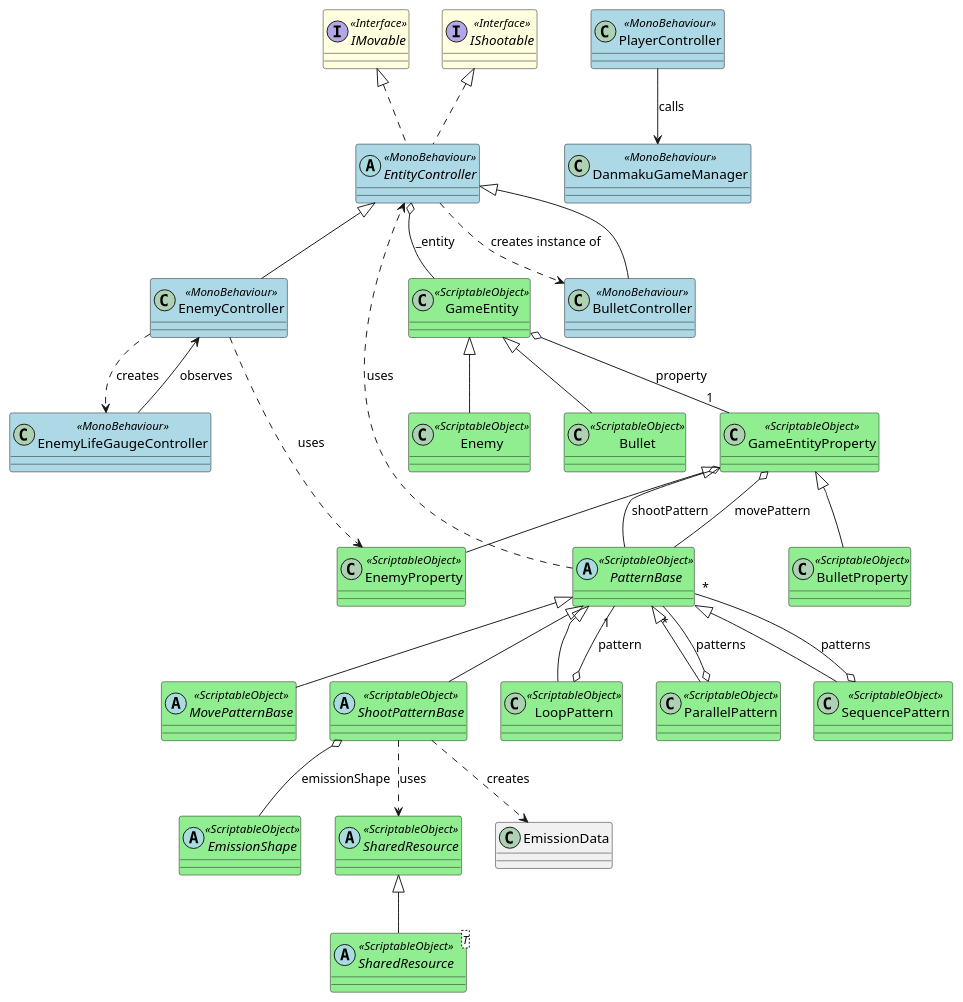
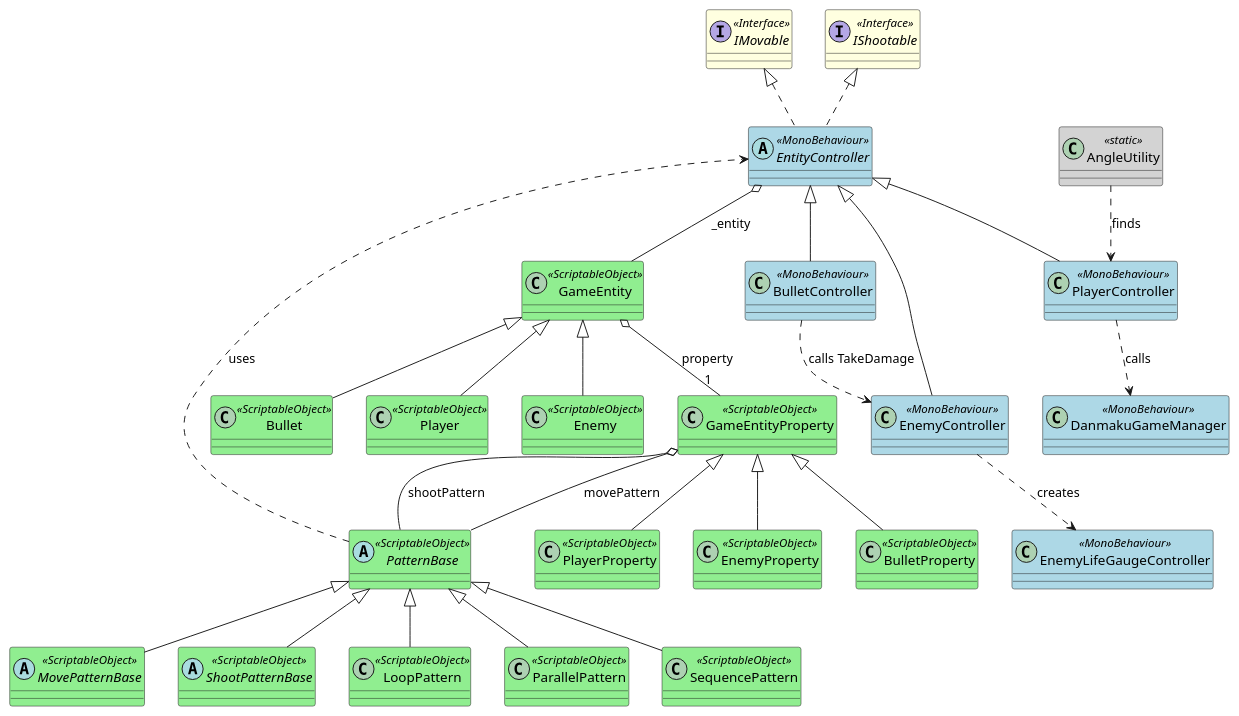
Before and after one commit to himitu-da/Touhou-Spell-Up: the diagram in ClassDiagram_Overview.puml, drawn with PlantUML. The commit also changed 43 other files, not shown here.

```diff
--- a/ClassDiagram_Overview.puml
+++ b/ClassDiagram_Overview.puml
@@ -1,81 +1,78 @@
 @startuml ClassDiagram_Overview
 ' ステレオタイプの色設定
 skinparam class {
     BackgroundColor<<MonoBehaviour>> LightBlue
     BackgroundColor<<ScriptableObject>> LightGreen
     BackgroundColor<<Interface>> LightYellow
+    BackgroundColor<<static>> LightGray
 }
 
 ' --- インターフェース定義 ---
 interface IMovable <<Interface>>
 interface IShootable <<Interface>>
 
-' --- クラスの定義 ---
+' --- マネージャー ---
 class DanmakuGameManager <<MonoBehaviour>>
+
+' --- エンティティ基盤 ---
+abstract class EntityController <<MonoBehaviour>>
+class GameEntity <<ScriptableObject>>
+class GameEntityProperty <<ScriptableObject>>
+
+' --- Player ---
 class PlayerController <<MonoBehaviour>>
+class Player <<ScriptableObject>>
+class PlayerProperty <<ScriptableObject>>
+
+' --- Enemy ---
 class EnemyController <<MonoBehaviour>>
+class Enemy <<ScriptableObject>>
+class EnemyProperty <<ScriptableObject>>
+
+' --- Bullet ---
+class BulletController <<MonoBehaviour>>
+class Bullet <<ScriptableObject>>
+class BulletProperty <<ScriptableObject>>
 
 ' --- パターン関連 ---
 abstract class PatternBase <<ScriptableObject>>
 abstract class MovePatternBase <<ScriptableObject>>
 abstract class ShootPatternBase <<ScriptableObject>>
 class LoopPattern <<ScriptableObject>>
 class ParallelPattern <<ScriptableObject>>
 class SequencePattern <<ScriptableObject>>
 
-' --- 発生源シェイプ ---
-abstract class EmissionShape <<ScriptableObject>>
-
-' --- 共有リソース関連 ---
-abstract class SharedResource <<ScriptableObject>>
-abstract class "SharedResource<T>" as SharedResource_T <<ScriptableObject>>
-
-' --- エンティティ関連 ---
-class GameEntity <<ScriptableObject>>
-class GameEntityProperty <<ScriptableObject>>
-class Enemy <<ScriptableObject>>
-class EnemyProperty <<ScriptableObject>>
-class Bullet <<ScriptableObject>>
-class BulletProperty <<ScriptableObject>>
-abstract class EntityController <<MonoBehaviour>>
-class BulletController <<MonoBehaviour>>
-
 ' --- その他 ---
 class EnemyLifeGaugeController <<MonoBehaviour>>
-class EmissionData
+class AngleUtility <<static>>
 
 ' --- 継承関係 ---
+EntityController <|-- PlayerController
+EntityController <|-- EnemyController
+EntityController <|-- BulletController
+GameEntity <|-- Player
+GameEntity <|-- Enemy
+GameEntity <|-- Bullet
+GameEntityProperty <|-- PlayerProperty
+GameEntityProperty <|-- EnemyProperty
+GameEntityProperty <|-- BulletProperty
 PatternBase <|-- MovePatternBase
 PatternBase <|-- ShootPatternBase
 PatternBase <|-- LoopPattern
 PatternBase <|-- ParallelPattern
 PatternBase <|-- SequencePattern
-SharedResource <|-- SharedResource_T
-GameEntity <|-- Bullet
-GameEntity <|-- Enemy
-GameEntityProperty <|-- BulletProperty
-GameEntityProperty <|-- EnemyProperty
-EntityController <|-- BulletController
-EntityController <|-- EnemyController
 IMovable <|.. EntityController
 IShootable <|.. EntityController
 
 ' --- 関連 ---
-PlayerController --> DanmakuGameManager : "calls"
+PlayerController ..> DanmakuGameManager : "calls"
 EntityController o-- GameEntity : "_entity"
 GameEntity o-- "1" GameEntityProperty : "property"
 GameEntityProperty o-- PatternBase : "shootPattern"
 GameEntityProperty o-- PatternBase : "movePattern"
 PatternBase ..> EntityController : "uses"
-EnemyController ..> EnemyProperty : "uses"
-EntityController ..> BulletController : "creates instance of"
-ShootPatternBase o-- EmissionShape : "emissionShape"
-ShootPatternBase ..> EmissionData : "creates"
+BulletController ..> EnemyController : "calls TakeDamage"
 EnemyController ..> EnemyLifeGaugeController : "creates"
-EnemyLifeGaugeController --> EnemyController : "observes"
-LoopPattern o-- "1" PatternBase : "pattern"
-ParallelPattern o-- "*" PatternBase : "patterns"
-SequencePattern o-- "*" PatternBase : "patterns"
-ShootPatternBase ..> SharedResource : "uses"
+AngleUtility ..> PlayerController : "finds"
 
 @enduml
```
